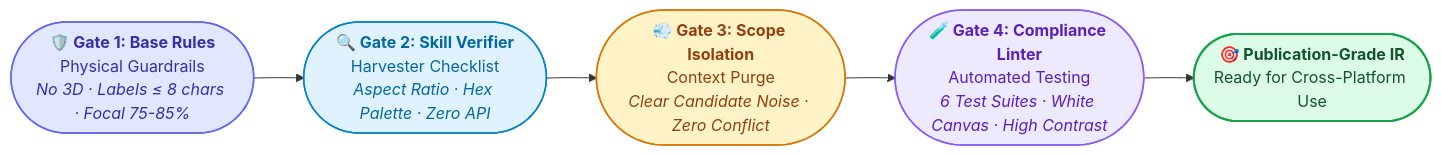
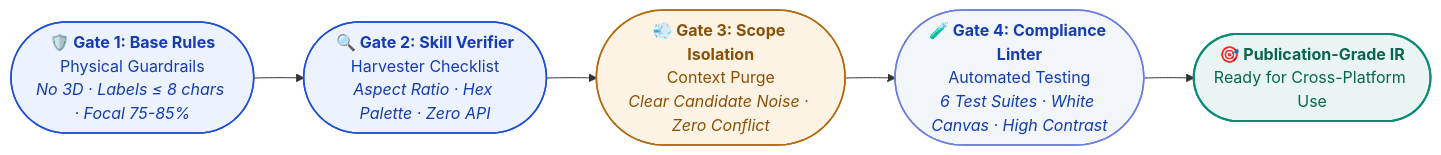
The third of 4 diagrams in README.md (LPK3215/sci-plot), drawn with Mermaid before and after one commit. The commit also changed other lines of this file and 27 other files, not shown here.

````diff
--- a/README.md
+++ b/README.md
@@ -151,20 +153,20 @@
 ```mermaid
 flowchart LR
     L1(["<b>🛡️ Gate 1: Base Rules</b><br/>Physical Guardrails<br/><i>No 3D · Labels ≤ 8 chars · Focal 75-85%</i>"]) 
     --> L2(["<b>🔍 Gate 2: Skill Verifier</b><br/>Harvester Checklist<br/><i>Aspect Ratio · Hex Palette · Zero API</i>"]) 
     --> L3(["<b>💨 Gate 3: Scope Isolation</b><br/>Context Purge<br/><i>Clear Candidate Noise · Zero Conflict</i>"]) 
     --> L4(["<b>🧪 Gate 4: Compliance Linter</b><br/>Automated Testing<br/><i>6 Test Suites · White Canvas · High Contrast</i>"]) 
     --> Output(["<b>🎯 Publication-Grade IR</b><br/>Ready for Cross-Platform Use"])
 
-    classDef g1 fill:#e0e7ff,stroke:#6366f1,stroke-width:1.5px,color:#3730a3;
-    classDef g2 fill:#e0f2fe,stroke:#0284c7,stroke-width:1.5px,color:#0369a1;
-    classDef g3 fill:#fef3c7,stroke:#d97706,stroke-width:1.5px,color:#92400e;
-    classDef g4 fill:#ede9fe,stroke:#8b5cf6,stroke-width:1.5px,color:#5b21b6;
-    classDef g5 fill:#dcfce7,stroke:#16a34a,stroke-width:2px,color:#14532d;
+    classDef g1 fill:#EDF2FF,stroke:#1E4FD8,stroke-width:1.5px,color:#153DB0;
+    classDef g2 fill:#EDF2FF,stroke:#1E4FD8,stroke-width:1.5px,color:#153DB0;
+    classDef g3 fill:#FDF3E4,stroke:#B4690E,stroke-width:1.5px,color:#8A5008;
+    classDef g4 fill:#F2F5F9,stroke:#6C7FE0,stroke-width:1.5px,color:#153DB0;
+    classDef g5 fill:#E8F5F2,stroke:#0B8A78,stroke-width:2px,color:#0B644F;
 
     class L1 g1;
     class L2 g2;
     class L3 g3;
     class L4 g4;
     class Output g5;
 ```
````
